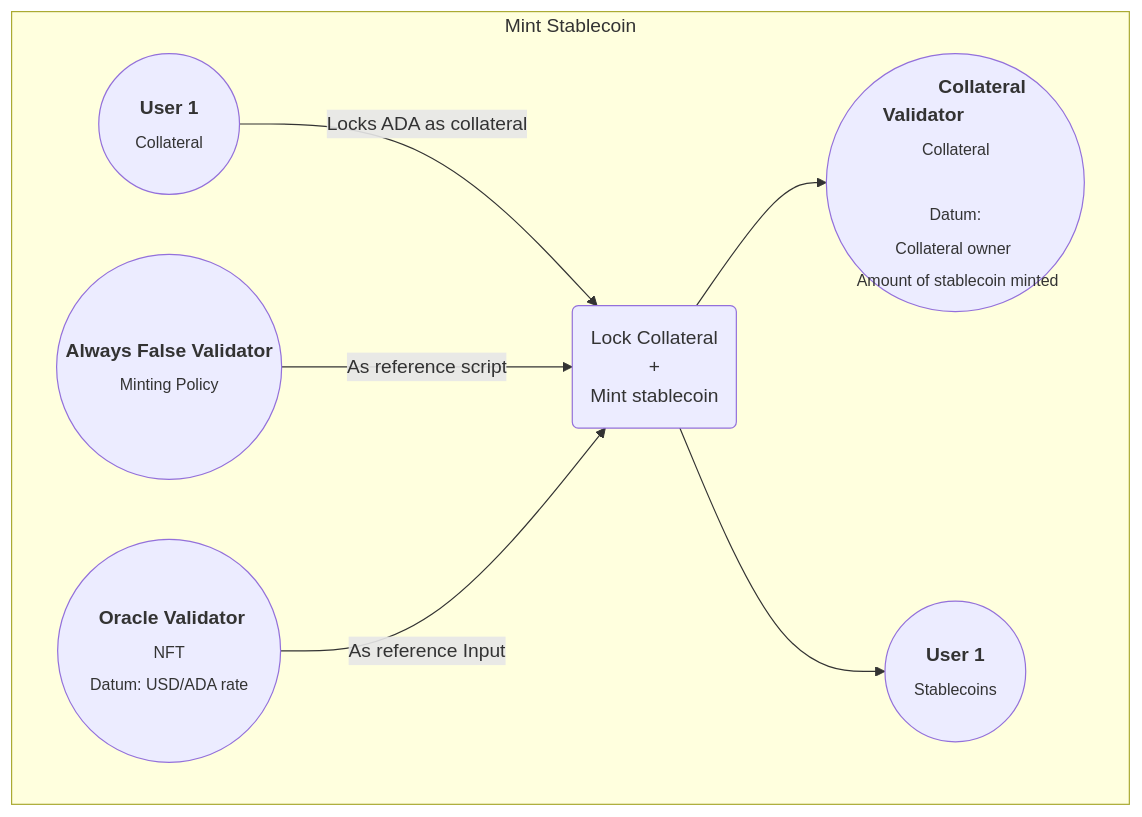
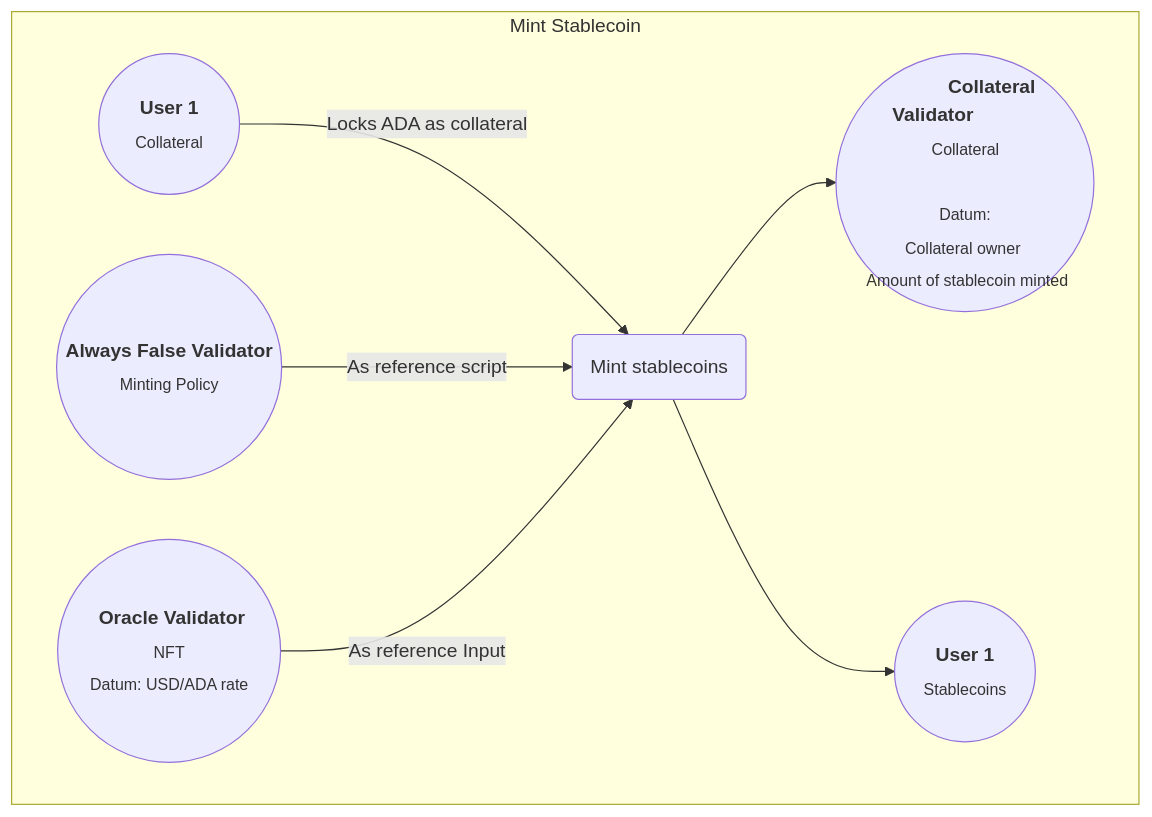
The fourth of 7 diagrams in code/Week09/README.md (input-output-hk/plutus-pioneer-program), drawn with Mermaid before and after one commit.

````diff
--- a/code/Week09/README.md
+++ b/code/Week09/README.md
@@ -79,15 +79,15 @@
 ```mermaid
 flowchart LR
     subgraph Mint [Mint Stablecoin]
     direction LR
     A6(("&#8199 &#8199 <b>Oracle Validator</b>&#8199 &#8199  <br> <sub>NFT <br> Datum: USD/ADA rate</sub>"))
     A9((<b>Always False Validator</b> <br> <sub>Minting Policy</sub>))
 
-    M1((&#8199 &#8199 <b>User 1</b> &#8199 &#8199<br> <sub>Collateral</sub>)) --> |Locks ADA as collateral| M4(Lock Collateral <br> + <br> Mint stablecoin)
+    M1((&#8199 &#8199 <b>User 1</b> &#8199 &#8199<br> <sub>Collateral</sub>)) --> |Locks ADA as collateral| M4(Mint stablecoins)
     A9 --> |As reference script| M4
     A6 --> |As reference Input|M4
 
     M4 --> M5(("&#8199 &#8199&#8199 &#8199 <b>Collateral Validator</b>&#8199 &#8199 &#8199 &#8199 <br> <sub>Collateral <br> <br> Datum: <br> Collateral owner  <br> Amount of stablecoin minted"))
     M4 --> M6((&#8199 &#8199 <b>User 1</b> &#8199 &#8199 <br> <sub>Stablecoins</sub>))
     end
 ```
````
